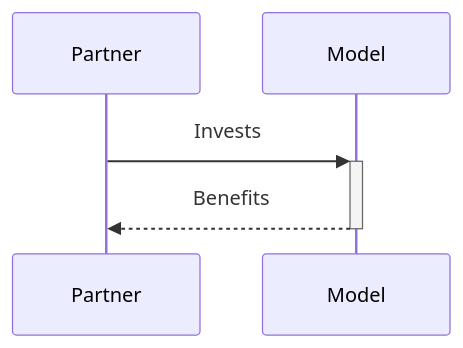
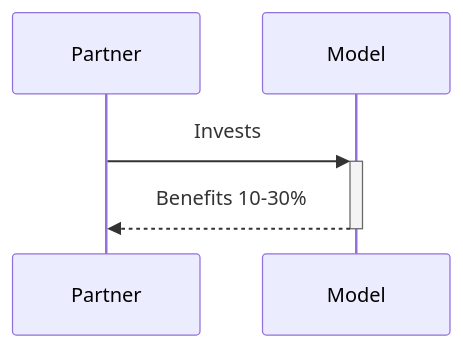
The first of 4 diagrams in Sequence-Diagrams.md (git-jrm/management-system), drawn with Mermaid before and after one commit. The commit also changed other lines of this file, not shown here.

````diff
--- a/Sequence-Diagrams.md
+++ b/Sequence-Diagrams.md
@@ -3,5 +2,5 @@
 ```mermaid
 sequenceDiagram
     Partner->>+Model: Invests
-    Model-->>-Partner: Benefits
+    Model-->>-Partner: Benefits 10-30%
 ```
````
